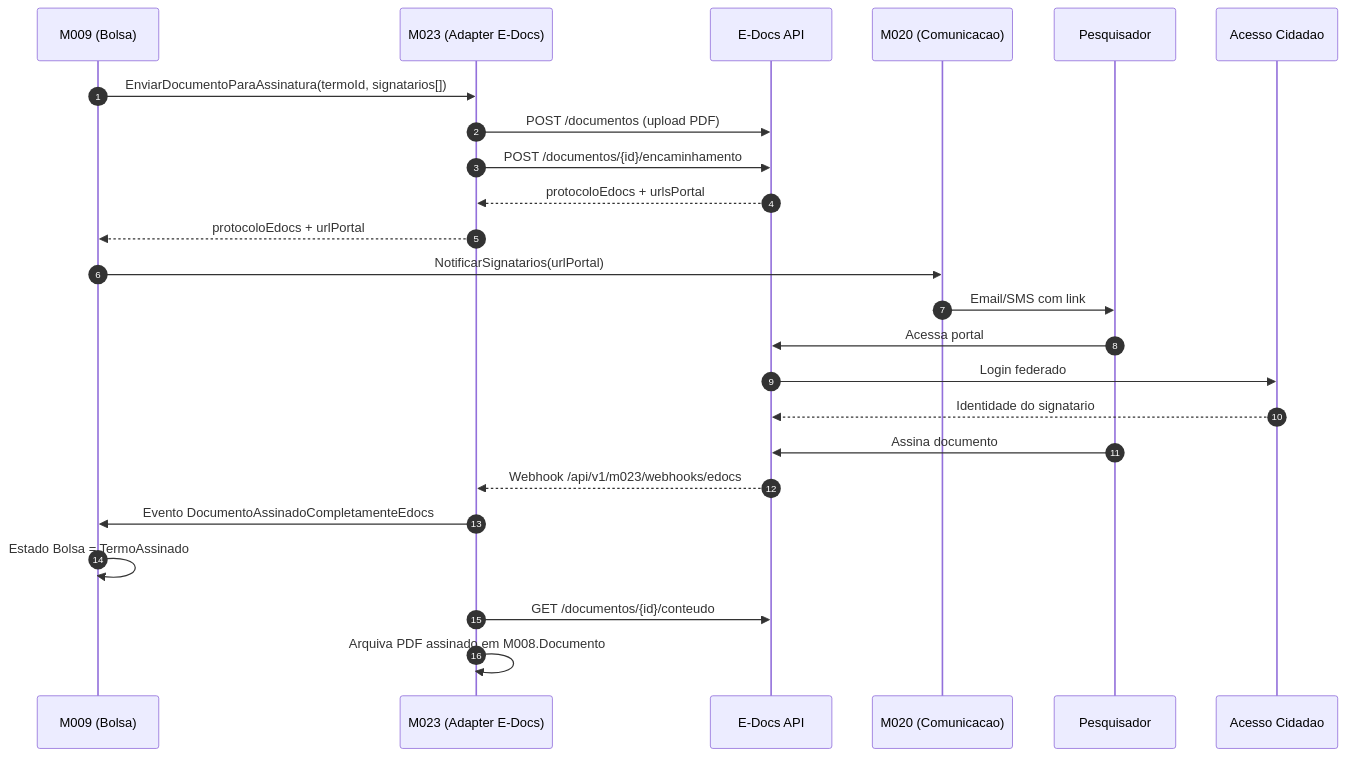
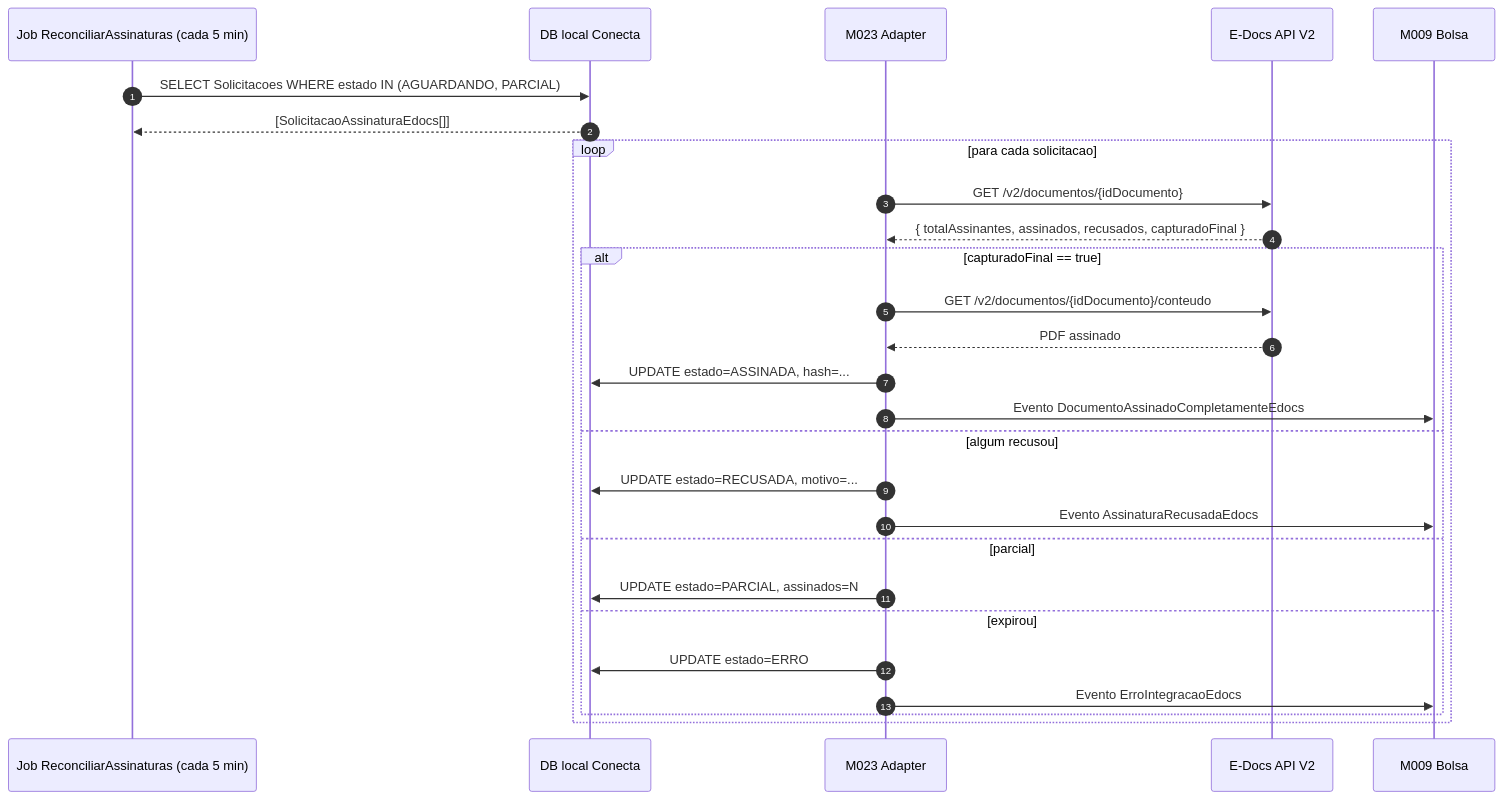
One commit to Czzped/conecta-fapes-teste changed the second of 2 diagrams in docs/discovery/integracoes/e-docs.md. Above: the diagram before and after it, drawn with Mermaid. The commit also changed other lines of this file, not shown here.

First line of the commit message:
Adiciona passo a passo + 2 sequenceDiagrams V2 para assinatura E-Docs

````diff
--- a/docs/discovery/integracoes/e-docs.md
+++ b/docs/discovery/integracoes/e-docs.md
@@ -43,27 +132,30 @@
 ```mermaid
 sequenceDiagram
     autonumber
-    participant Bolsa as M009 (Bolsa)
-    participant EDocs as M023 (Adapter E-Docs)
-    participant API as E-Docs API
-    participant Comm as M020 (Comunicacao)
-    participant Pesq as Pesquisador
-    participant AC as Acesso Cidadao
+    participant Job as Job ReconciliarAssinaturas (cada 5 min)
+    participant DB as DB local Conecta
+    participant Adapter as M023 Adapter
+    participant Edocs as E-Docs API V2
+    participant Bolsa as M009 Bolsa
 
-    Bolsa->>EDocs: EnviarDocumentoParaAssinatura(termoId, signatarios[])
-    EDocs->>API: POST /documentos (upload PDF)
-    EDocs->>API: POST /documentos/{id}/encaminhamento
-    API-->>EDocs: protocoloEdocs + urlsPortal
-    EDocs-->>Bolsa: protocoloEdocs + urlPortal
-    Bolsa->>Comm: NotificarSignatarios(urlPortal)
-    Comm->>Pesq: Email/SMS com link
-    Pesq->>API: Acessa portal
-    API->>AC: Login federado
-    AC-->>API: Identidade do signatario
-    Pesq->>API: Assina documento
-    API-->>EDocs: Webhook /api/v1/m023/webhooks/edocs
-    EDocs->>Bolsa: Evento DocumentoAssinadoCompletamenteEdocs
-    Bolsa->>Bolsa: Estado Bolsa = TermoAssinado
-    EDocs->>API: GET /documentos/{id}/conteudo
-    EDocs->>EDocs: Arquiva PDF assinado em M008.Documento
+    Job->>DB: SELECT Solicitacoes WHERE estado IN (AGUARDANDO, PARCIAL)
+    DB-->>Job: [SolicitacaoAssinaturaEdocs[]]
+    loop para cada solicitacao
+        Adapter->>Edocs: GET /v2/documentos/{idDocumento}
+        Edocs-->>Adapter: { totalAssinantes, assinados, recusados, capturadoFinal }
+        alt capturadoFinal == true
+            Adapter->>Edocs: GET /v2/documentos/{idDocumento}/conteudo
+            Edocs-->>Adapter: PDF assinado
+            Adapter->>DB: UPDATE estado=ASSINADA, hash=...
+            Adapter->>Bolsa: Evento DocumentoAssinadoCompletamenteEdocs
+        else algum recusou
+            Adapter->>DB: UPDATE estado=RECUSADA, motivo=...
+            Adapter->>Bolsa: Evento AssinaturaRecusadaEdocs
+        else parcial
+            Adapter->>DB: UPDATE estado=PARCIAL, assinados=N
+        else expirou
+            Adapter->>DB: UPDATE estado=ERRO
+            Adapter->>Bolsa: Evento ErroIntegracaoEdocs
+        end
+    end
 ```
````
